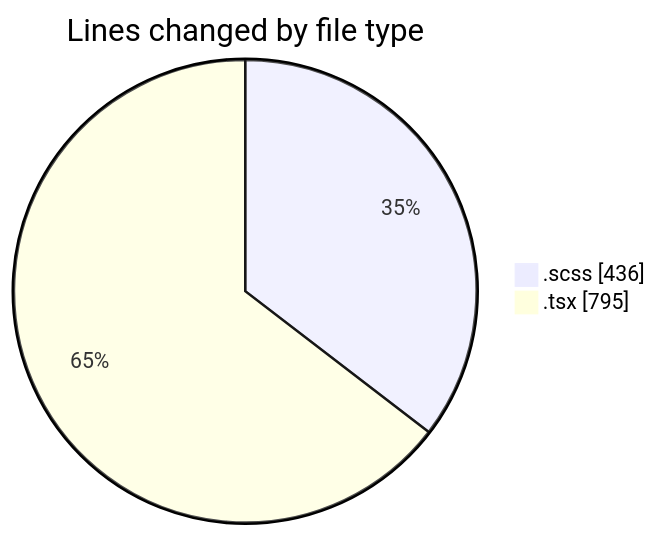
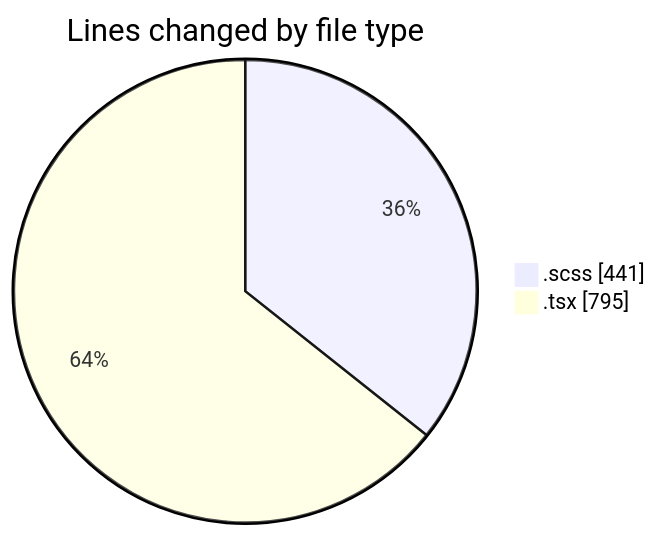
The first of 2 diagrams in 2025-03-28/cda/README.md (momahboobian/code-tracking), drawn with Mermaid before and after one commit. The commit also changed other lines of this file and 1 other file, not shown here.

````diff
--- a/2025-03-28/cda/README.md
+++ b/2025-03-28/cda/README.md
@@ -23,6 +23,6 @@
 ```mermaid
 pie showData
 title Lines changed by file type
-".scss" : 436
+".scss" : 441
 ".tsx" : 795
 ```
````
